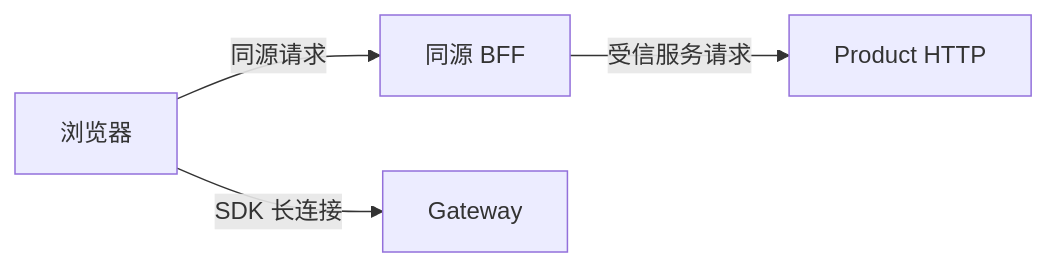
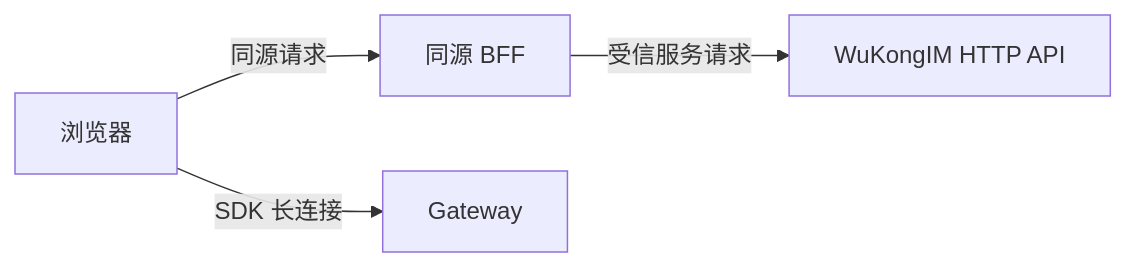
Before and after one commit to WuKongIM/WuKongIM: the diagram in docs-site/content/docs/api/authentication.mdx, drawn with Mermaid. The commit also changed other lines of this file and 166 other files, not shown here.

Commit message:
docs: refresh README visuals and clarify WuKongIM HTTP API

````diff
--- a/docs-site/content/docs/api/authentication.mdx
+++ b/docs-site/content/docs/api/authentication.mdx
@@ -10,6 +10,6 @@
 ```mermaid
 flowchart LR
   Browser["浏览器"] -->|同源请求| BFF["同源 BFF"]
-  BFF -->|受信服务请求| ProductHTTP["Product HTTP"]
+  BFF -->|受信服务请求| ProductHTTP["WuKongIM HTTP API"]
   Browser -->|SDK 长连接| Gateway["Gateway"]
 ```
````
